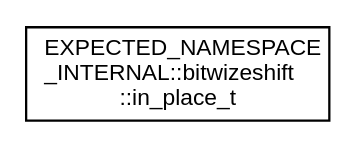
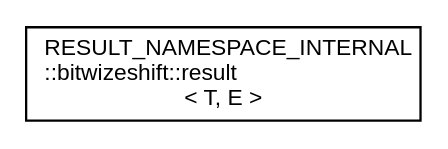
The diagram in api/latest/inherit_graph_25.dot (bitwizeshift/result), drawn with Graphviz before and after one commit. The commit also changed 431 other files, not shown here.

```diff
--- a/api/latest/inherit_graph_25.dot
+++ b/api/latest/inherit_graph_25.dot
@@ -1,7 +1,7 @@
 digraph "Graphical Class Hierarchy"
 {
   edge [fontname="Helvetica",fontsize="10",labelfontname="Helvetica",labelfontsize="10"];
   node [fontname="Helvetica",fontsize="10",shape=record];
   rankdir="LR";
-  Node0 [label="EXPECTED_NAMESPACE\l_INTERNAL::bitwizeshift\l::in_place_t",height=0.2,width=0.4,color="black", fillcolor="white", style="filled",URL="$da/d22/struct_e_x_p_e_c_t_e_d___n_a_m_e_s_p_a_c_e___i_n_t_e_r_n_a_l_1_1bitwizeshift_1_1in__place__t.html",tooltip="A structure for representing in-place construction. "];
+  Node0 [label="RESULT_NAMESPACE_INTERNAL\l::bitwizeshift::result\l\< T, E \>",height=0.2,width=0.4,color="black", fillcolor="white", style="filled",URL="$da/da2/class_r_e_s_u_l_t___n_a_m_e_s_p_a_c_e___i_n_t_e_r_n_a_l_1_1bitwizeshift_1_1result.html",tooltip="The class template result manages result results from APIs, while encoding possible failure condition..."];
 }
```
